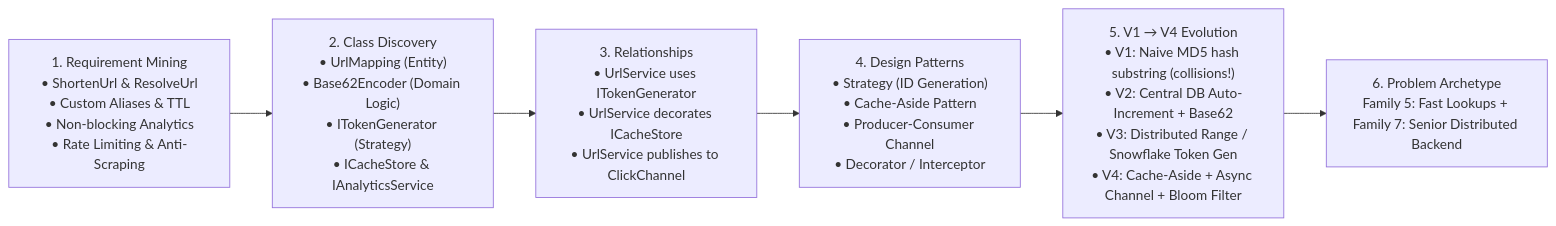
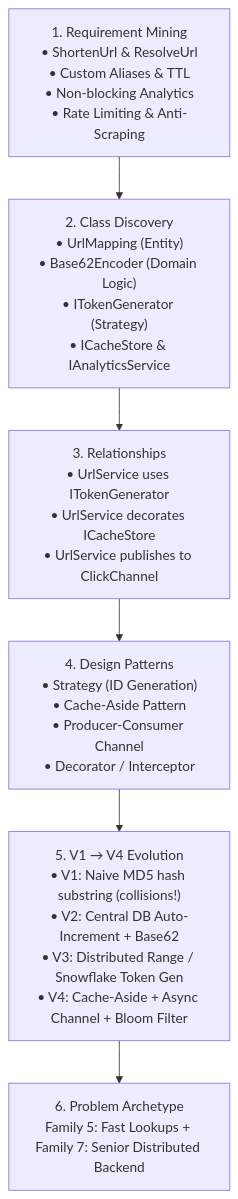
The first of 3 diagrams in LLD/04_Tier4_Senior_Backend/37_URL_Shortener.md (dip4k/DSA_102), drawn with Mermaid before and after one commit. The commit also changed other lines of this file and 191 other files, not shown here.

````diff
--- a/LLD/04_Tier4_Senior_Backend/37_URL_Shortener.md
+++ b/LLD/04_Tier4_Senior_Backend/37_URL_Shortener.md
@@ -17,8 +17,8 @@
 ```mermaid
-flowchart LR
-    A["1. Requirement Mining\n• ShortenUrl & ResolveUrl\n• Custom Aliases & TTL\n• Non-blocking Analytics\n• Rate Limiting & Anti-Scraping"] --> B["2. Class Discovery\n• UrlMapping (Entity)\n• Base62Encoder (Domain Logic)\n• ITokenGenerator (Strategy)\n• ICacheStore & IAnalyticsService"]
-    B --> C["3. Relationships\n• UrlService uses ITokenGenerator\n• UrlService decorates ICacheStore\n• UrlService publishes to ClickChannel"]
-    C --> D["4. Design Patterns\n• Strategy (ID Generation)\n• Cache-Aside Pattern\n• Producer-Consumer Channel\n• Decorator / Interceptor"]
-    D --> E["5. V1 → V4 Evolution\n• V1: Naive MD5 hash substring (collisions!)\n• V2: Central DB Auto-Increment + Base62\n• V3: Distributed Range / Snowflake Token Gen\n• V4: Cache-Aside + Async Channel + Bloom Filter"]
-    E --> F["6. Problem Archetype\nFamily 5: Fast Lookups + Family 7: Senior Distributed Backend"]
+flowchart TD
+    A["1. Requirement Mining<br/>• ShortenUrl & ResolveUrl<br/>• Custom Aliases & TTL<br/>• Non-blocking Analytics<br/>• Rate Limiting & Anti-Scraping"] --> B["2. Class Discovery<br/>• UrlMapping (Entity)<br/>• Base62Encoder (Domain Logic)<br/>• ITokenGenerator (Strategy)<br/>• ICacheStore & IAnalyticsService"]
+    B --> C["3. Relationships<br/>• UrlService uses ITokenGenerator<br/>• UrlService decorates ICacheStore<br/>• UrlService publishes to ClickChannel"]
+    C --> D["4. Design Patterns<br/>• Strategy (ID Generation)<br/>• Cache-Aside Pattern<br/>• Producer-Consumer Channel<br/>• Decorator / Interceptor"]
+    D --> E["5. V1 → V4 Evolution<br/>• V1: Naive MD5 hash substring (collisions!)<br/>• V2: Central DB Auto-Increment + Base62<br/>• V3: Distributed Range / Snowflake Token Gen<br/>• V4: Cache-Aside + Async Channel + Bloom Filter"]
+    E --> F["6. Problem Archetype<br/>Family 5: Fast Lookups + Family 7: Senior Distributed Backend"]
 ```
````
